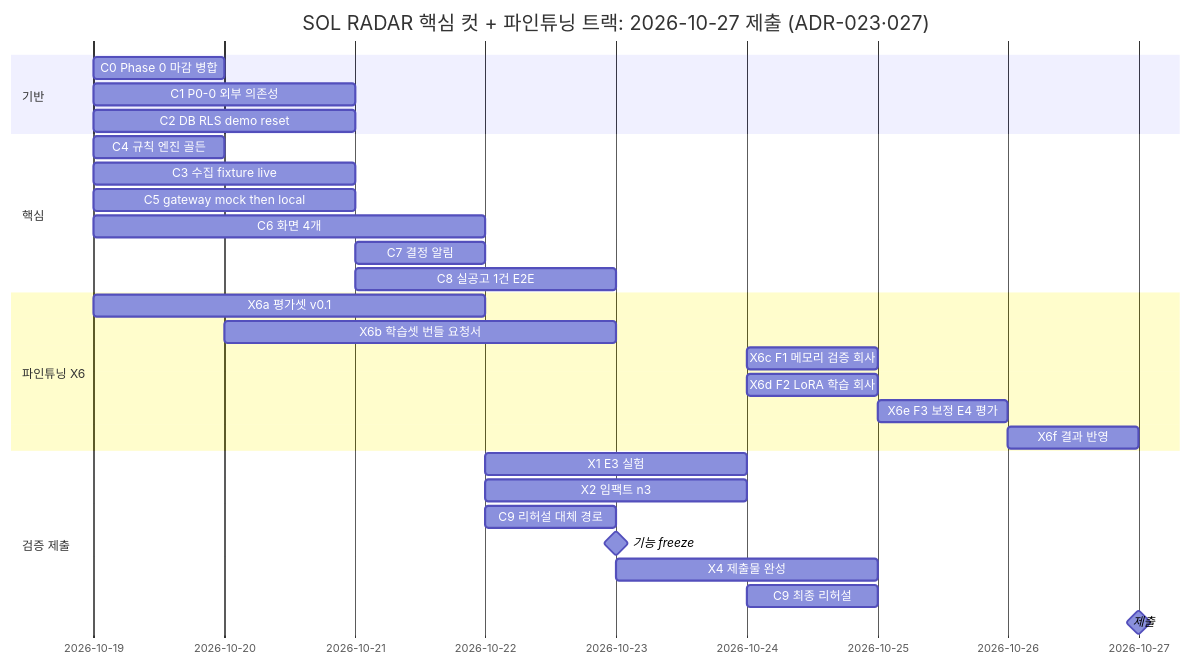
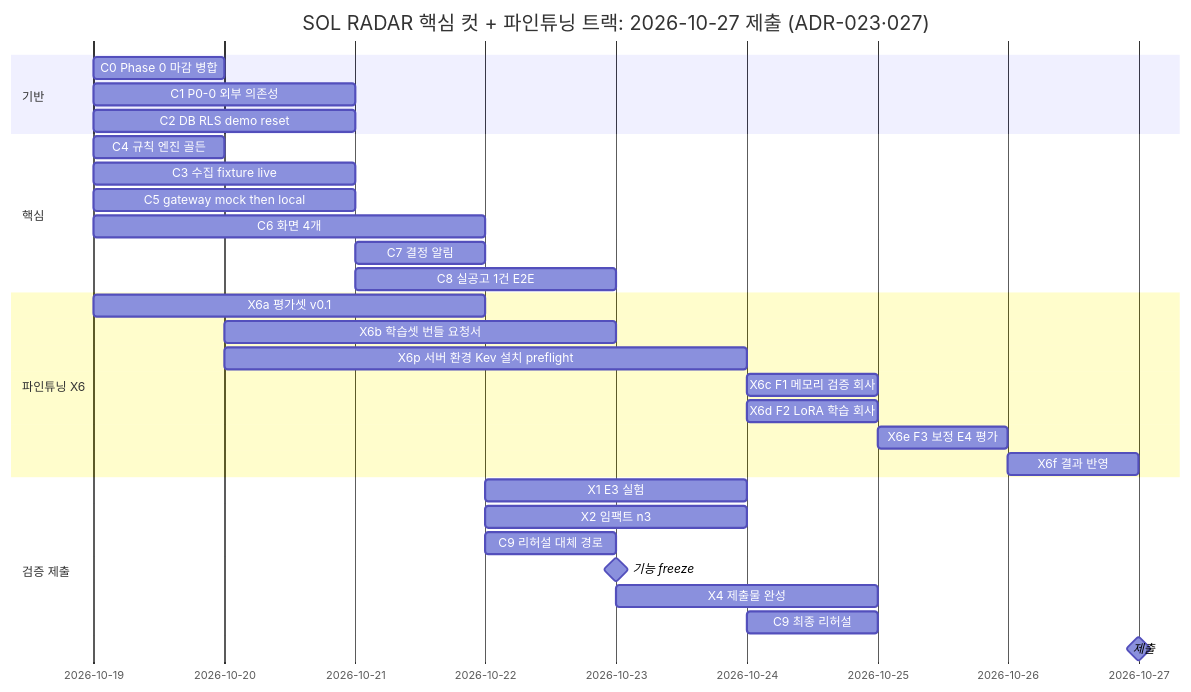
One commit to solideoai/sol-radar changed the diagram in docs/12-ROADMAP.md. Above: the diagram before and after it, drawn with Mermaid. The commit also changed other lines of this file and 12 other files, not shown here.

````diff
--- a/docs/12-ROADMAP.md
+++ b/docs/12-ROADMAP.md
@@ -121,31 +121,32 @@
 ```mermaid
 gantt
  title SOL RADAR 핵심 컷 + 파인튜닝 트랙: 2026-10-27 제출 (ADR-023·027)
  dateFormat YYYY-MM-DD
  section 기반
  C0 Phase 0 마감 병합 :c0, 2026-10-19, 1d
  C1 P0-0 외부 의존성 :c1, 2026-10-19, 2d
  C2 DB RLS demo reset :c2, 2026-10-19, 2d
  section 핵심
  C4 규칙 엔진 골든 :c4, 2026-10-19, 1d
  C3 수집 fixture live :c3, 2026-10-19, 2d
  C5 gateway mock then local :c5, 2026-10-19, 2d
  C6 화면 4개 :c6, 2026-10-19, 3d
  C7 결정 알림 :c7, 2026-10-21, 1d
  C8 실공고 1건 E2E :c8, 2026-10-21, 2d
  section 파인튜닝 X6
  X6a 평가셋 v0.1 :x6a, 2026-10-19, 3d
  X6b 학습셋 번들 요청서 :x6b, 2026-10-20, 3d
+ X6p 서버 환경 Kev 설치 preflight :x6p, 2026-10-20, 4d
  X6c F1 메모리 검증 회사 :x6c, 2026-10-24, 1d
  X6d F2 LoRA 학습 회사 :x6d, 2026-10-24, 1d
  X6e F3 보정 E4 평가 :x6e, 2026-10-25, 1d
  X6f 결과 반영 :x6f, 2026-10-26, 1d
  section 검증 제출
  X1 E3 실험 :x1, 2026-10-22, 2d
  X2 임팩트 n3 :x2, 2026-10-22, 2d
  C9 리허설 대체 경로 :c9, 2026-10-22, 1d
  기능 freeze :milestone, mf, 2026-10-23, 0d
  X4 제출물 완성 :x4, 2026-10-23, 2d
  C9 최종 리허설 :c9b, 2026-10-24, 1d
  제출 :milestone, ms, 2026-10-27, 0d
 ```
````
